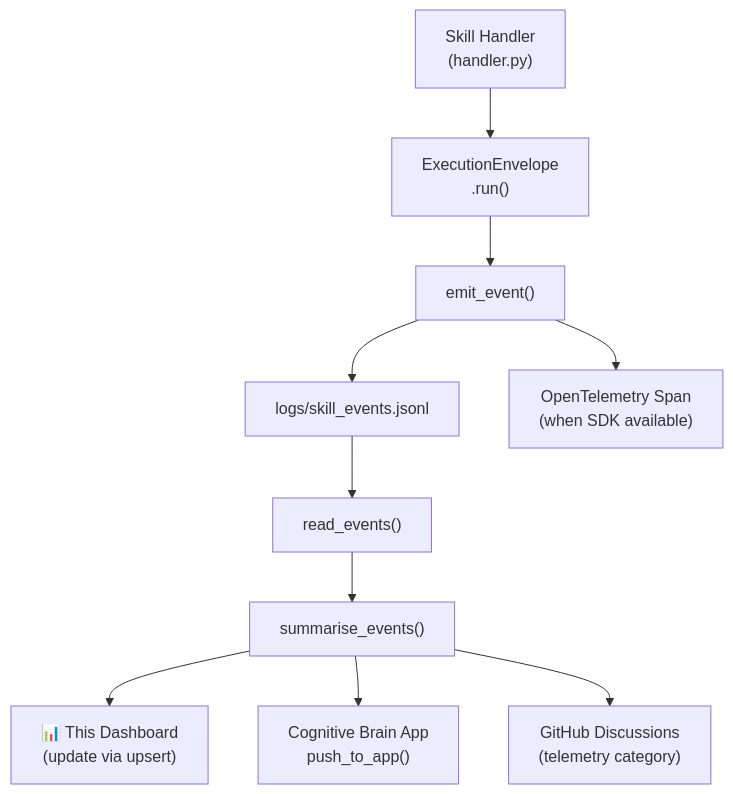
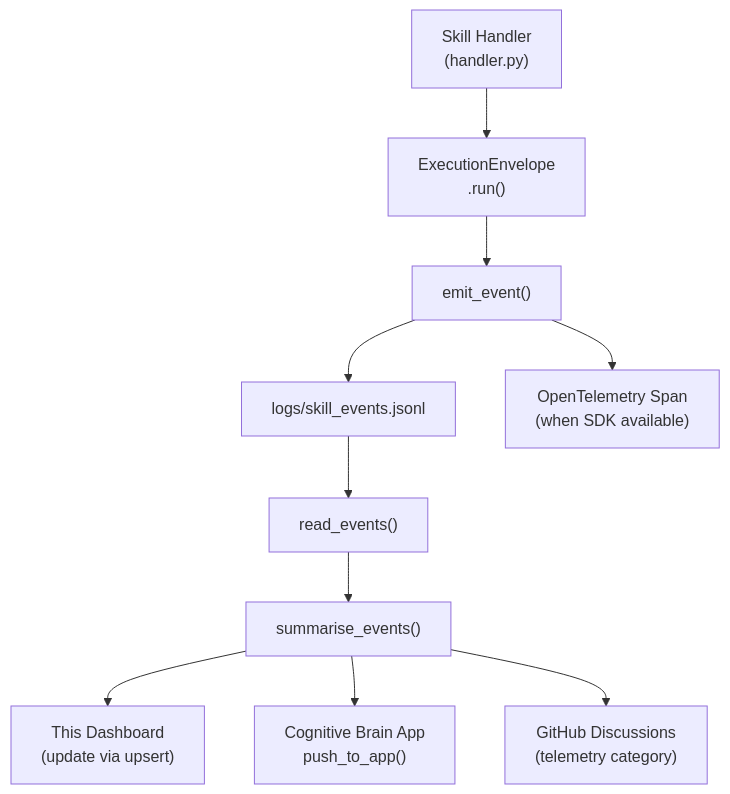
One commit to Aries-Serpent/_codex_ changed the fourth of 5 diagrams in docs/discussions/SKILLS_TELEMETRY_DASHBOARD.md. Above: the diagram before and after it, drawn with Mermaid. The commit also changed other lines of this file and 2029 other files, not shown here.

````diff
--- a/docs/discussions/SKILLS_TELEMETRY_DASHBOARD.md
+++ b/docs/discussions/SKILLS_TELEMETRY_DASHBOARD.md
@@ -172,13 +174,13 @@
 ```mermaid
 %%{init: {'accessibility': {'title': 'Flowchart showing "Skill Handler\n(handler.py)", "ExecutionEnvelope\n.run()"'}}%%
 flowchart TD
     SKILL["Skill Handler\n(handler.py)"] --> ENV["ExecutionEnvelope\n.run()"]
     ENV --> TEL["emit_event()"]
     TEL --> JSONL["logs/skill_events.jsonl"]
     TEL --> OTEL["OpenTelemetry Span\n(when SDK available)"]
     JSONL --> READ["read_events()"]
     READ --> SUM["summarise_events()"]
-    SUM --> DASH["📊 This Dashboard\n(update via upsert)"]
+    SUM --> DASH[" This Dashboard\n(update via upsert)"]
     SUM --> APP["Cognitive Brain App\npush_to_app()"]
     SUM --> GH["GitHub Discussions\n(telemetry category)"]
 ```
````
